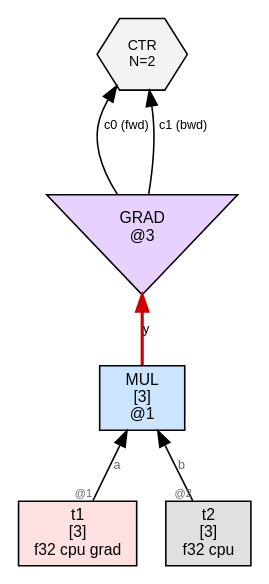
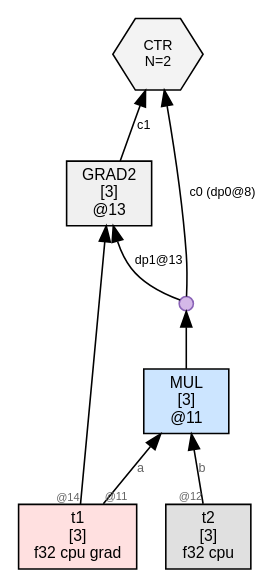
The diagram in wl/examples/thvm_graphs/grad_rules/mul/thvm_0_pre_reduce.dot (sw1sh/TinyHVM), drawn with Graphviz before and after one commit. The commit also changed 156 other files, not shown here.

First line of the commit message:
grad: migrate mk() to UOP_GRAD2; all 50 rule tests flow through new path

```diff
--- a/wl/examples/thvm_graphs/grad_rules/mul/thvm_0_pre_reduce.dot
+++ b/wl/examples/thvm_graphs/grad_rules/mul/thvm_0_pre_reduce.dot
@@ -1,16 +1,19 @@
 digraph G {
   rankdir=BT;
   node [fontname="Helvetica", fontsize=10, style=filled, shape=box, margin="0.1,0.05"];
   edge [fontsize=8, fontname="Helvetica"];
 
-  n1 [label="MUL\n[3]\n@1", shape=box, fillcolor="#cce5ff"];
+  n13 [label="GRAD2\n[3]\n@13", shape=box, fillcolor="#f0f0f0"];
+  dup10 [label="", shape=circle, width=0.12, height=0.12, fixedsize=true, fillcolor="#d4b8e8", color="#8a63b7", fontsize=1];
+  n11 -> dup10;
+  dup10 -> n13 [label="dp1@13"];
   t1 [label="t1\n[3]\nf32 cpu grad",shape=box,fillcolor="#ffe0e0"];
-  t1 -> n1 [label="a",taillabel="@1",labelfontsize=7,fontcolor="#666666"];
+  t1 -> n13 [label="",taillabel="@14",labelfontsize=7,fontcolor="#666666"];
+  n11 [label="MUL\n[3]\n@11", shape=box, fillcolor="#cce5ff"];
+  t1 -> n11 [label="a",taillabel="@11",labelfontsize=7,fontcolor="#666666"];
   t2 [label="t2\n[3]\nf32 cpu",shape=box,fillcolor="#e0e0e0"];
-  t2 -> n1 [label="b",taillabel="@2",labelfontsize=7,fontcolor="#666666"];
-  ctr6 [label="CTR\nN=2", shape=hexagon, fillcolor="#f3f3f3", fontsize=9];
-  grad3 [label="GRAD\n@3", shape=invtriangle, fillcolor="#e8d0ff"];
-  n1 -> grad3 [label="y",color="#cc0000",penwidth=2.0];
-  grad3 -> ctr6 [label="c0 (fwd)"];
-  grad3 -> ctr6 [label="c1 (bwd)"];
+  t2 -> n11 [label="b",taillabel="@12",labelfontsize=7,fontcolor="#666666"];
+  ctr8 [label="CTR\nN=2", shape=hexagon, fillcolor="#f3f3f3", fontsize=9];
+  dup10 -> ctr8 [label="c0 (dp0@8)"];
+  n13 -> ctr8 [label="c1"];
 }
```
